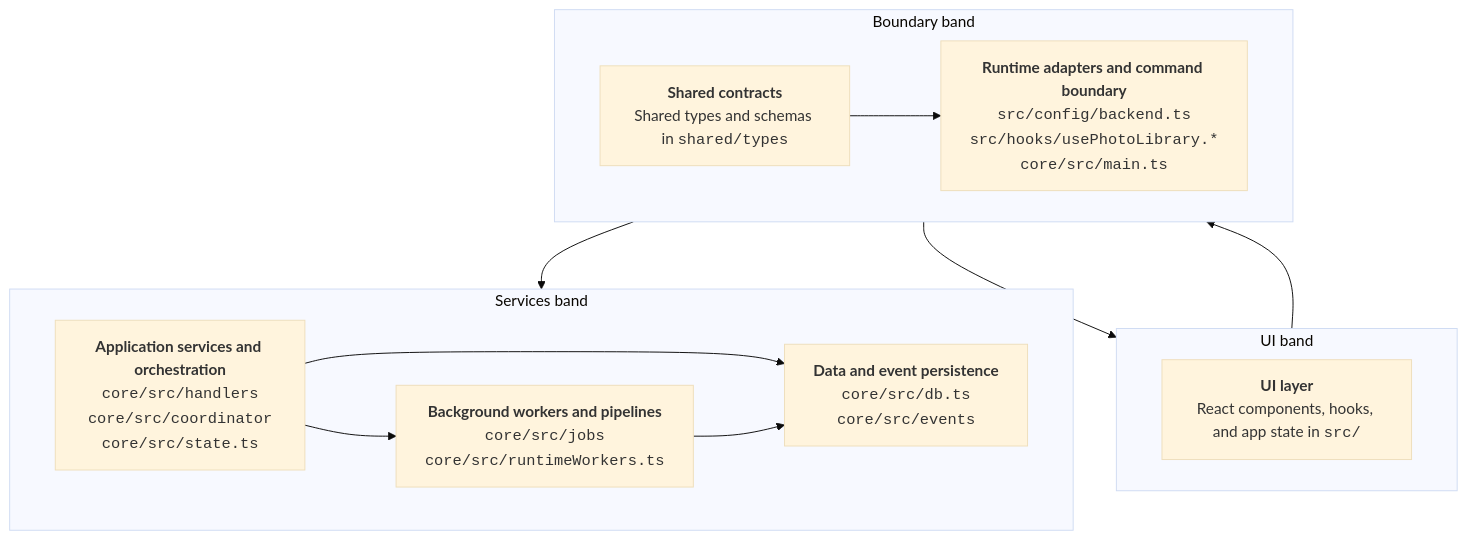
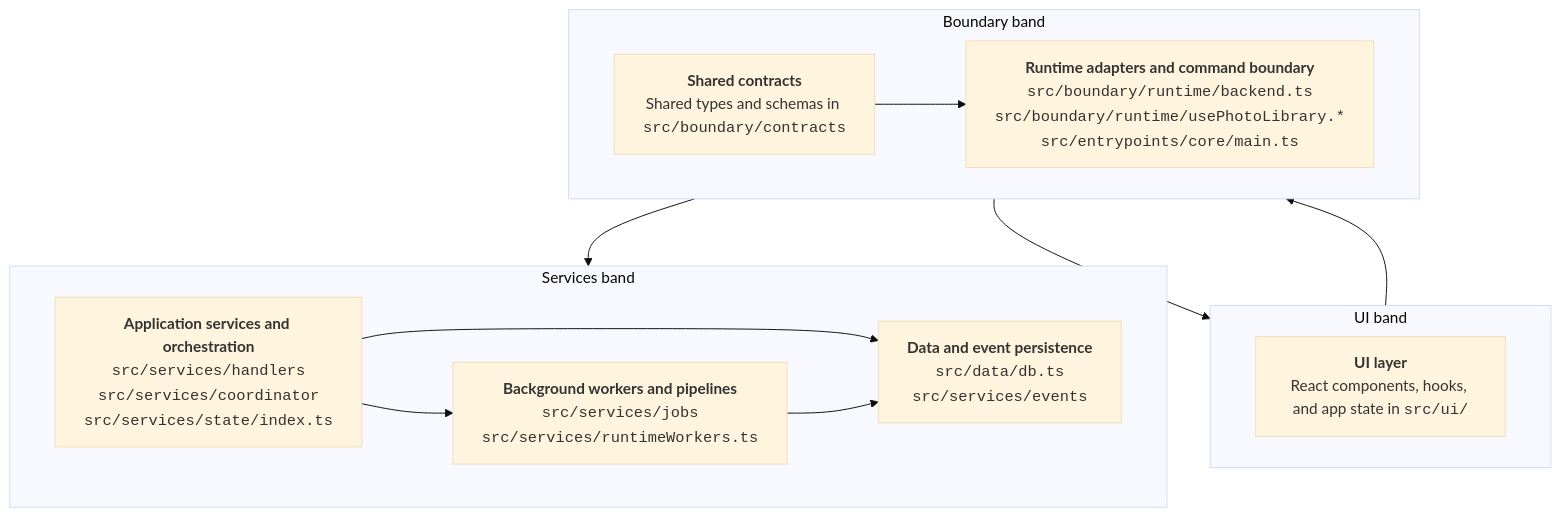
The first of 5 diagrams in docs/architecture.md (rk29403010/photoStar2), drawn with Mermaid before and after one commit. The commit also changed other lines of this file and 305 other files, not shown here.

````diff
--- a/docs/architecture.md
+++ b/docs/architecture.md
@@ -51,37 +51,37 @@
 ```mermaid
 %%{init: {
   "theme": "base",
   "flowchart": {
     "htmlLabels": true,
     "curve": "basis",
     "nodeSpacing": 45,
     "rankSpacing": 70
   }
 }}%%
 flowchart TB
     subgraph uiBand["UI band"]
         direction LR
-        ui["<b>UI layer</b><br/>React components, hooks, and app state in <code>src/</code>"]
+        ui["<b>UI layer</b><br/>React components, hooks, and app state in <code>src/ui/</code>"]
     end
 
     subgraph boundaryBand["Boundary band"]
         direction LR
-        shared["<b>Shared contracts</b><br/>Shared types and schemas in <code>shared/types</code>"]
-        adapters["<b>Runtime adapters and command boundary</b><br/><code>src/config/backend.ts</code><br/><code>src/hooks/usePhotoLibrary.*</code><br/><code>core/src/main.ts</code>"]
+        shared["<b>Shared contracts</b><br/>Shared types and schemas in <code>src/boundary/contracts</code>"]
+        adapters["<b>Runtime adapters and command boundary</b><br/><code>src/boundary/runtime/backend.ts</code><br/><code>src/boundary/runtime/usePhotoLibrary.*</code><br/><code>src/entrypoints/core/main.ts</code>"]
     end
 
     subgraph serviceBand["Services band"]
         direction LR
-        services["<b>Application services and orchestration</b><br/><code>core/src/handlers</code><br/><code>core/src/coordinator</code><br/><code>core/src/state.ts</code>"]
-        workers["<b>Background workers and pipelines</b><br/><code>core/src/jobs</code><br/><code>core/src/runtimeWorkers.ts</code>"]
-        data["<b>Data and event persistence</b><br/><code>core/src/db.ts</code><br/><code>core/src/events</code>"]
+        services["<b>Application services and orchestration</b><br/><code>src/services/handlers</code><br/><code>src/services/coordinator</code><br/><code>src/services/state/index.ts</code>"]
+        workers["<b>Background workers and pipelines</b><br/><code>src/services/jobs</code><br/><code>src/services/runtimeWorkers.ts</code>"]
+        data["<b>Data and event persistence</b><br/><code>src/data/db.ts</code><br/><code>src/services/events</code>"]
     end
 
     shared --> ui
     shared --> adapters
     ui --> adapters
     adapters --> services
     services --> workers
     services --> data
     workers --> data
 ```
````
